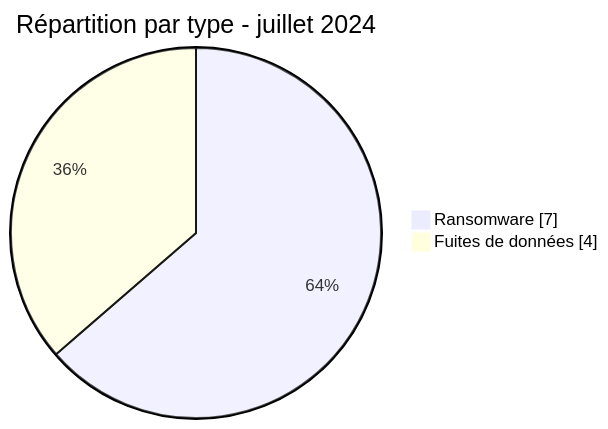
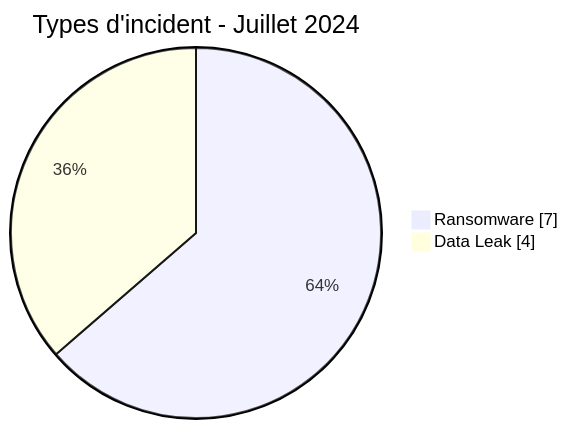
One commit to Hatchepsoute/AFRINTEL changed the first of 3 diagrams in CyberAttackAfrica/2024/07-july/README_FR.md. Above: the diagram before and after it, drawn with Mermaid. The commit also changed other lines of this file and 60 other files, not shown here.

````diff
--- a/CyberAttackAfrica/2024/07-july/README_FR.md
+++ b/CyberAttackAfrica/2024/07-july/README_FR.md
@@ -54,6 +54,6 @@
 ```mermaid
 pie showData
-    title Répartition par type - juillet 2024
+    title Types d'incident - Juillet 2024
     "Ransomware" : 7
-    "Fuites de données" : 4
+    "Data Leak" : 4
 ```
````
